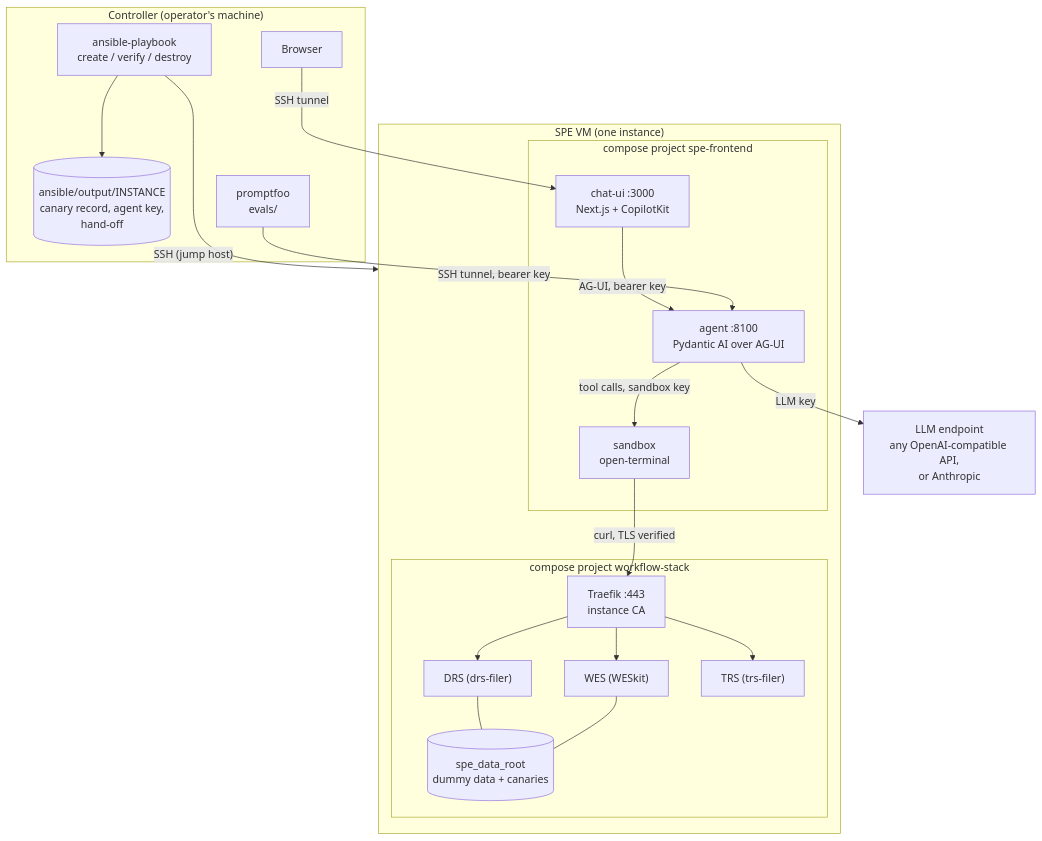
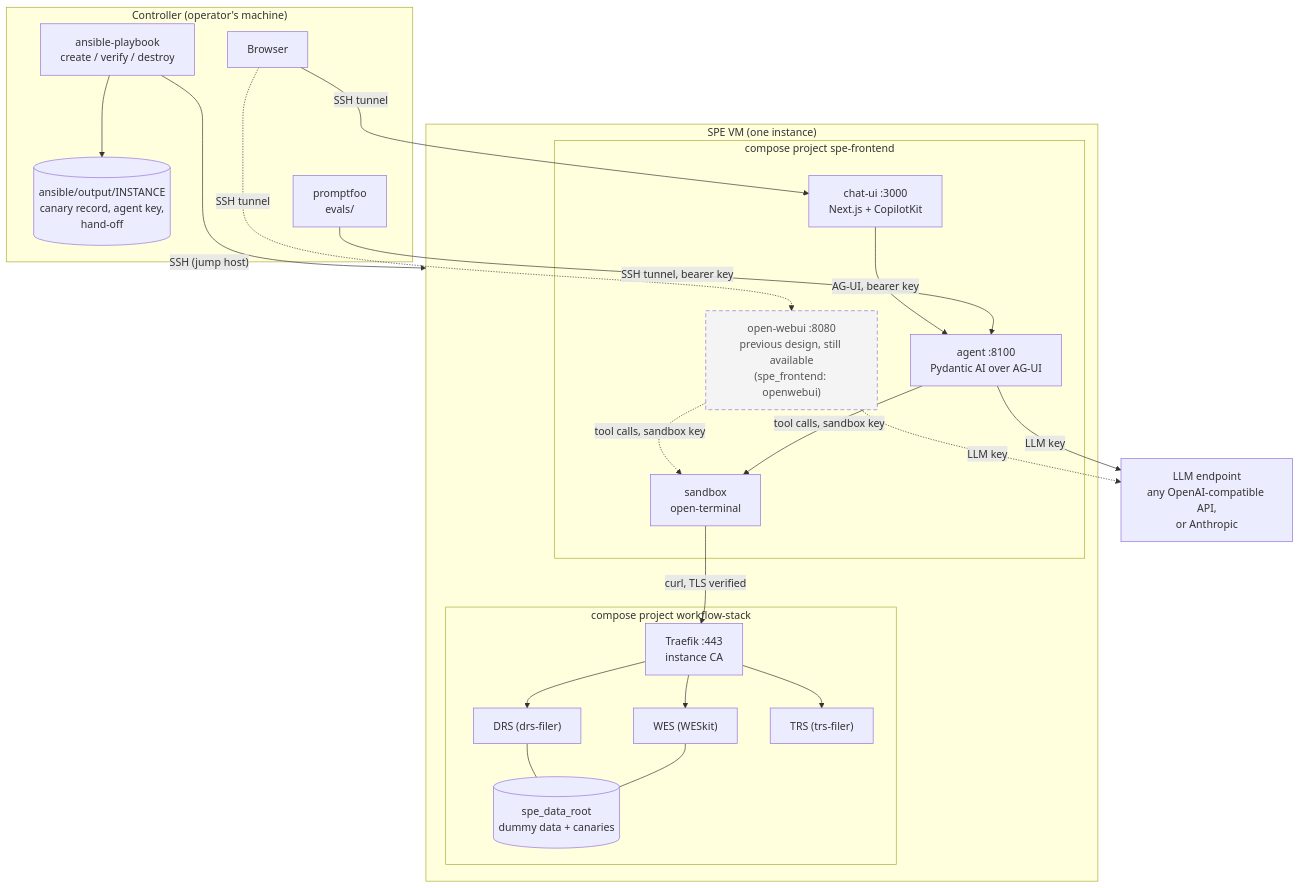
One commit to kraatz/elixir-biohackathon-2026-test changed the diagram in README.md. Above: the diagram before and after it, drawn with Mermaid. The commit also changed other lines of this file, not shown here.

First line of the commit message:
README: show Open WebUI in the architecture diagram as the still-available previous design

````diff
--- a/README.md
+++ b/README.md
@@ -37,37 +37,44 @@
 ```mermaid
 flowchart TB
   subgraph controller["Controller (operator's machine)"]
     ansible["ansible-playbook<br/>create / verify / destroy"]
     output[("ansible/output/INSTANCE<br/>canary record, agent key,<br/>hand-off")]
     promptfoo["promptfoo<br/>evals/"]
     browser["Browser"]
   end
 
   subgraph vm["SPE VM (one instance)"]
     subgraph fe["compose project spe-frontend"]
       ui["chat-ui :3000<br/>Next.js + CopilotKit"]
       agent["agent :8100<br/>Pydantic AI over AG-UI"]
       sandbox["sandbox<br/>open-terminal"]
+      owui["open-webui :8080<br/>previous design, still available<br/>(spe_frontend: openwebui)"]:::alt
     end
     subgraph ws["compose project workflow-stack"]
       traefik["Traefik :443<br/>instance CA"]
       wes["WES (WESkit)"]
       drs["DRS (drs-filer)"]
       trs["TRS (trs-filer)"]
       data[("spe_data_root<br/>dummy data + canaries")]
     end
   end
 
   llm["LLM endpoint<br/>any OpenAI-compatible API,<br/>or Anthropic"]
 
   ansible -- "SSH (jump host)" --> vm
   ansible --> output
   browser -- "SSH tunnel" --> ui
   promptfoo -- "SSH tunnel, bearer key" --> agent
   ui -- "AG-UI, bearer key" --> agent
   agent -- "LLM key" --> llm
   agent -- "tool calls, sandbox key" --> sandbox
   sandbox -- "curl, TLS verified" --> traefik
   traefik --> wes & drs & trs
   wes & drs --- data
+
+  browser -. "SSH tunnel" .-> owui
+  owui -. "LLM key" .-> llm
+  owui -. "tool calls, sandbox key" .-> sandbox
+
+  classDef alt stroke-dasharray: 6 4, fill:#f4f4f4, color:#555
 ```
````
